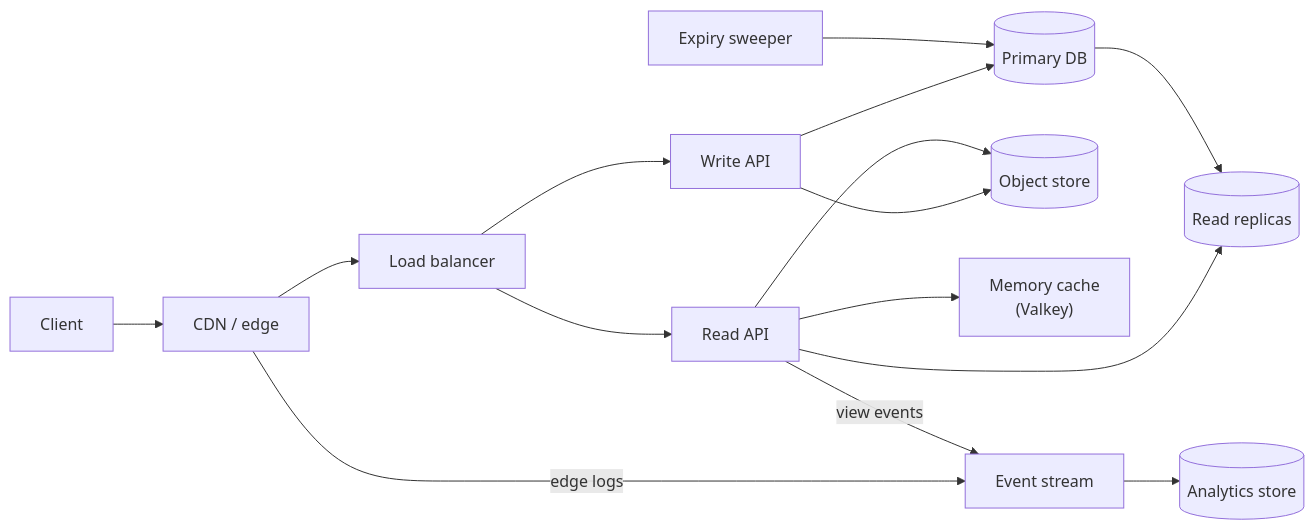
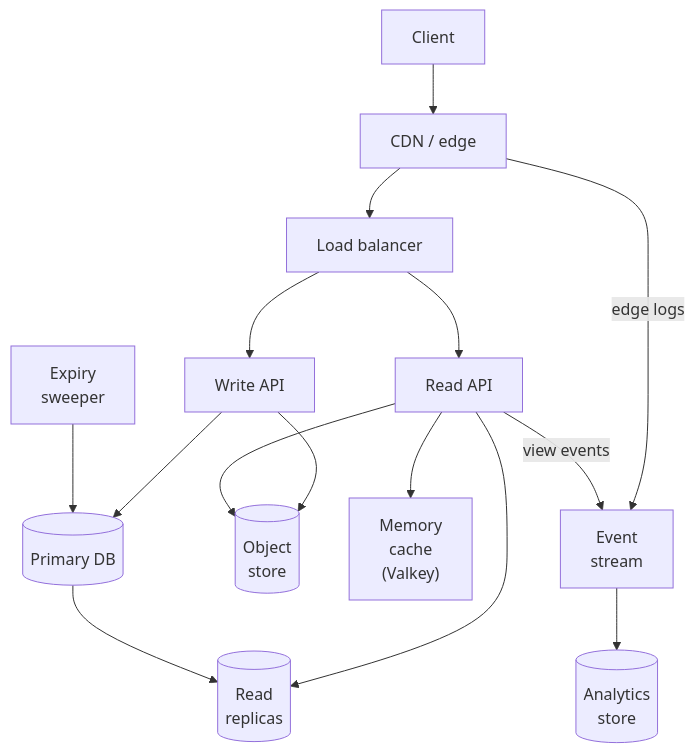
The second of 2 diagrams in src/content/docs/practice/url-shortener-pastebin.mdx (butyavk/system-design), drawn with Mermaid before and after one commit. The commit also changed 144 other files, not shown here.

````diff
--- a/src/content/docs/practice/url-shortener-pastebin.mdx
+++ b/src/content/docs/practice/url-shortener-pastebin.mdx
@@ -344,17 +344,17 @@
 ```mermaid
-flowchart LR
+flowchart TB
   client["Client"] --> cdn["CDN / edge"]
   cdn --> lb["Load balancer"]
   lb --> writeapi["Write API"]
   lb --> readapi["Read API"]
   writeapi --> primary[("Primary DB")]
-  writeapi --> obj[("Object store")]
-  readapi --> cache["Memory cache<br/>(Valkey)"]
-  readapi --> replica[("Read replicas")]
+  writeapi --> obj[("Object<br/>store")]
+  readapi --> cache["Memory<br/>cache<br/>(Valkey)"]
+  readapi --> replica[("Read<br/>replicas")]
   readapi --> obj
   primary --> replica
-  cdn -->|"edge logs"| stream["Event stream"]
+  cdn -->|"edge logs"| stream["Event<br/>stream"]
   readapi -->|"view events"| stream
-  stream --> olap[("Analytics store")]
-  sweeper["Expiry sweeper"] --> primary
+  stream --> olap[("Analytics<br/>store")]
+  sweeper["Expiry<br/>sweeper"] --> primary
 ```
````
